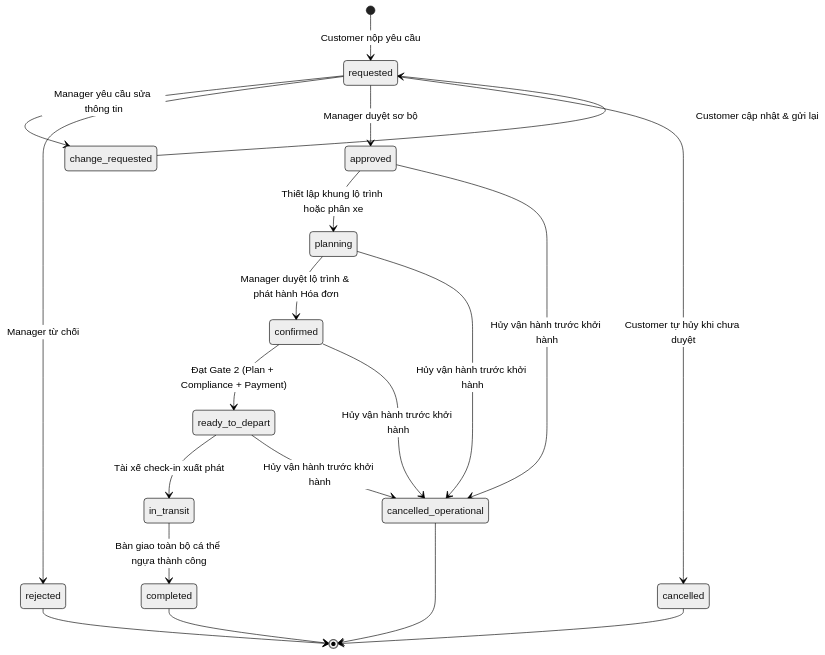
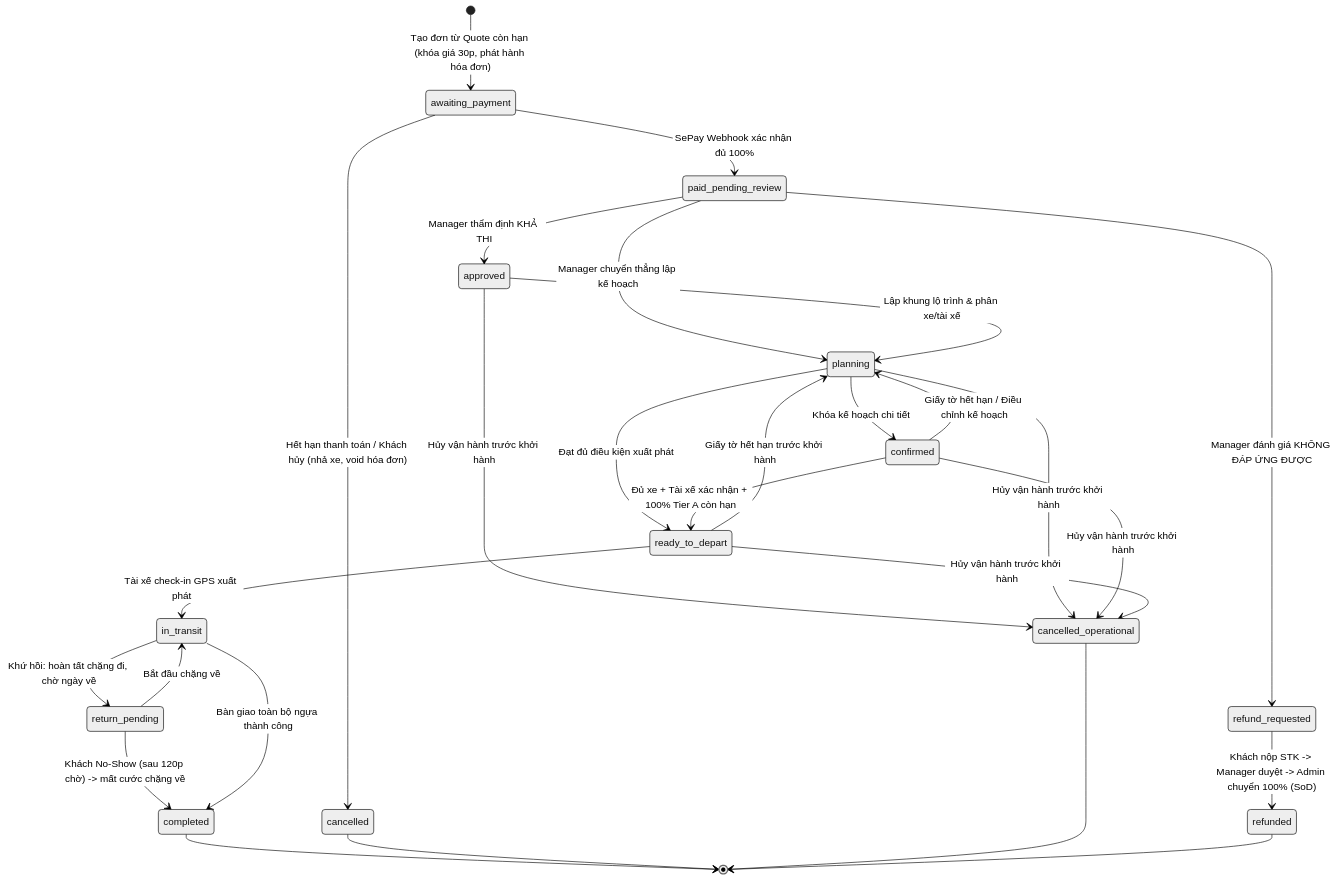
The second of 3 diagrams in filethongtin.md (DuongHoaBinh/SWP391_GROUP1), drawn with Mermaid (neutral theme) before and after one commit. The commit also changed other lines of this file and 22 other files, not shown here.

````diff
--- a/filethongtin.md
+++ b/filethongtin.md
@@ -168,28 +177,35 @@
 ```mermaid
 stateDiagram-v2
-    [*] --> requested: Customer nộp yêu cầu
-    requested --> change_requested: Manager yêu cầu sửa thông tin
-    change_requested --> requested: Customer cập nhật & gửi lại
-    requested --> rejected: Manager từ chối
-    requested --> approved: Manager duyệt sơ bộ
-    
-    approved --> planning: Thiết lập khung lộ trình hoặc phân xe
-    planning --> confirmed: Manager duyệt lộ trình & phát hành Hóa đơn
-    
-    confirmed --> ready_to_depart: Đạt Gate 2 (Plan + Compliance + Payment)
-    ready_to_depart --> in_transit: Tài xế check-in xuất phát
-    
-    in_transit --> completed: Bàn giao toàn bộ cá thể ngựa thành công
-    
+    [*] --> awaiting_payment: Tạo đơn từ Quote còn hạn (khóa giá 30p, phát hành hóa đơn)
+    awaiting_payment --> cancelled: Hết hạn thanh toán / Khách hủy (nhả xe, void hóa đơn)
+    awaiting_payment --> paid_pending_review: SePay Webhook xác nhận đủ 100%
+
+    paid_pending_review --> approved: Manager thẩm định KHẢ THI
+    paid_pending_review --> planning: Manager chuyển thẳng lập kế hoạch
+    paid_pending_review --> refund_requested: Manager đánh giá KHÔNG ĐÁP ỨNG ĐƯỢC
+
+    refund_requested --> refunded: Khách nộp STK -> Manager duyệt -> Admin chuyển 100% (SoD)
+
+    approved --> planning: Lập khung lộ trình & phân xe/tài xế
+    planning --> confirmed: Khóa kế hoạch chi tiết
+    planning --> ready_to_depart: Đạt đủ điều kiện xuất phát
+    confirmed --> ready_to_depart: Đủ xe + Tài xế xác nhận + 100% Tier A còn hạn
+    confirmed --> planning: Giấy tờ hết hạn / Điều chỉnh kế hoạch
+    ready_to_depart --> planning: Giấy tờ hết hạn trước khởi hành
+
+    ready_to_depart --> in_transit: Tài xế check-in GPS xuất phát
+    in_transit --> return_pending: Khứ hồi: hoàn tất chặng đi, chờ ngày về
+    return_pending --> in_transit: Bắt đầu chặng về
+    return_pending --> completed: Khách No-Show (sau 120p chờ) -> mất cước chặng về
+    in_transit --> completed: Bàn giao toàn bộ ngựa thành công
+
     approved --> cancelled_operational: Hủy vận hành trước khởi hành
     planning --> cancelled_operational: Hủy vận hành trước khởi hành
     confirmed --> cancelled_operational: Hủy vận hành trước khởi hành
     ready_to_depart --> cancelled_operational: Hủy vận hành trước khởi hành
-    
-    requested --> cancelled: Customer tự hủy khi chưa duyệt
-    
+
     completed --> [*]
-    rejected --> [*]
     cancelled --> [*]
     cancelled_operational --> [*]
+    refunded --> [*]
 ```
````
